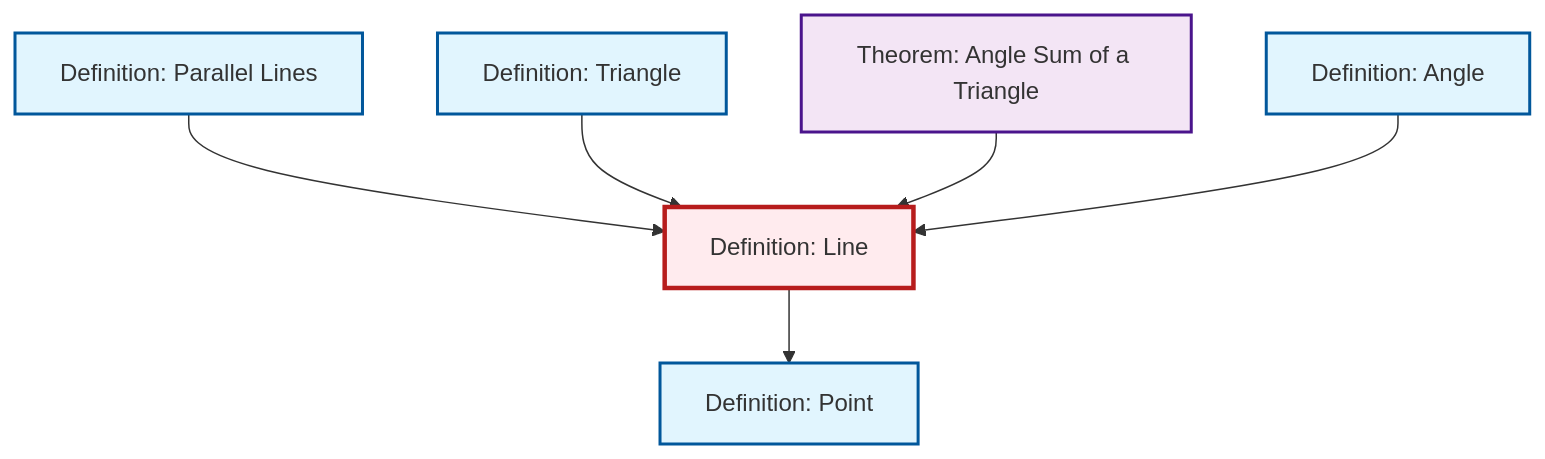
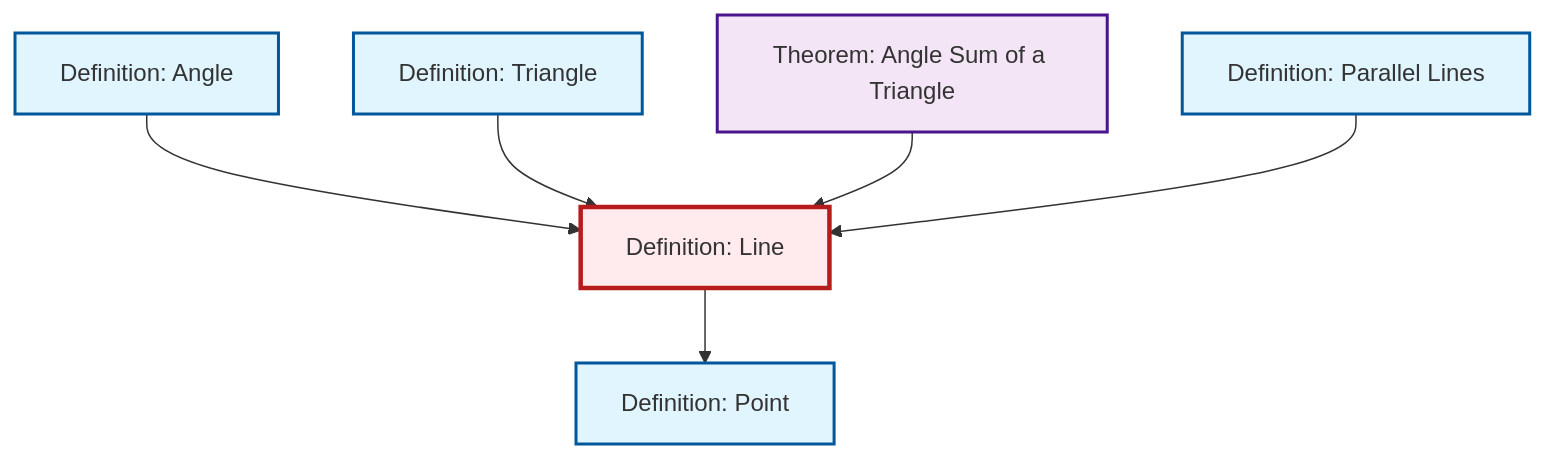
One commit to RK0429/ModernMath changed the diagram in content/en/geometry/def-line.qmd. Above: the diagram before and after it, drawn with Mermaid. The commit also changed other lines of this file and 530 other files, not shown here.

````diff
--- a/content/en/geometry/def-line.qmd
+++ b/content/en/geometry/def-line.qmd
@@ -45,26 +45,26 @@
 ```{mermaid}
 %%| fig-cap: "Local dependency graph"
 graph TD
     classDef definition fill:#e1f5fe,stroke:#01579b,stroke-width:2px
     classDef theorem fill:#f3e5f5,stroke:#4a148c,stroke-width:2px
     classDef axiom fill:#fff3e0,stroke:#e65100,stroke-width:2px
     classDef example fill:#e8f5e9,stroke:#1b5e20,stroke-width:2px
     classDef current fill:#ffebee,stroke:#b71c1c,stroke-width:3px
+    thm-angle-sum-triangle["Theorem: Angle Sum of a Triangle"]:::theorem
+    def-parallel["Definition: Parallel Lines"]:::definition
+    def-point["Definition: Point"]:::definition
+    def-triangle["Definition: Triangle"]:::definition
     def-line["Definition: Line"]:::definition
-    def-parallel["Definition: Parallel Lines"]:::definition
     def-angle["Definition: Angle"]:::definition
-    def-triangle["Definition: Triangle"]:::definition
-    thm-angle-sum-triangle["Theorem: Angle Sum of a Triangle"]:::theorem
-    def-point["Definition: Point"]:::definition
+    def-angle --> def-line
+    def-triangle --> def-line
+    thm-angle-sum-triangle --> def-line
     def-parallel --> def-line
     def-line --> def-point
-    def-triangle --> def-line
-    thm-angle-sum-triangle --> def-line
-    def-angle --> def-line
     class def-line current
+    click thm-angle-sum-triangle "thm-angle-sum-triangle.html" "Go to Angle Sum of a Triangle theorem"
     click def-parallel "def-parallel.html" "Go to Parallel Lines definition"
+    click def-point "def-point.html" "Go to Point definition"
+    click def-triangle "def-triangle.html" "Go to Triangle definition"
     click def-angle "def-angle.html" "Go to Angle definition"
-    click def-triangle "def-triangle.html" "Go to Triangle definition"
-    click thm-angle-sum-triangle "thm-angle-sum-triangle.html" "Go to Angle Sum of a Triangle theorem"
-    click def-point "def-point.html" "Go to Point definition"
 ```
````
